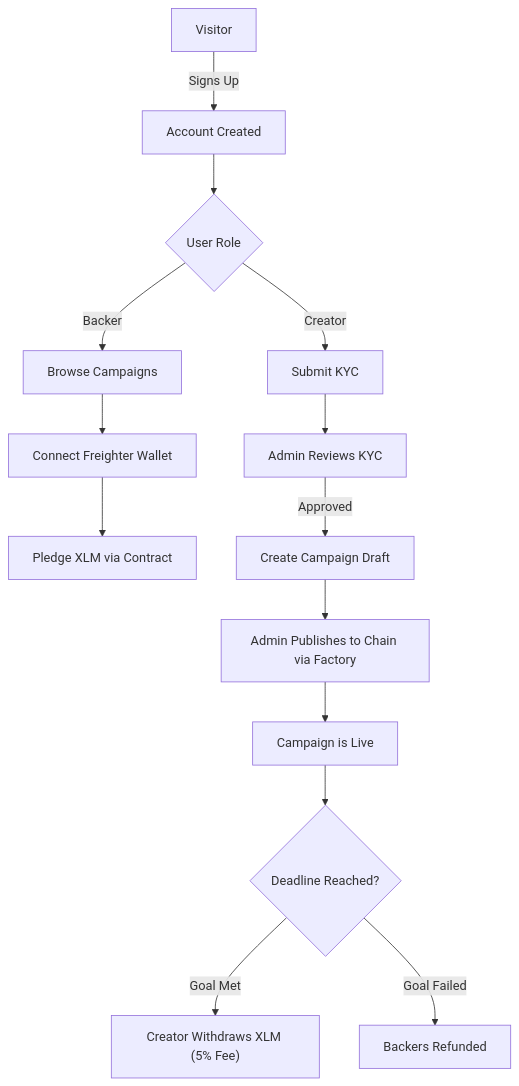
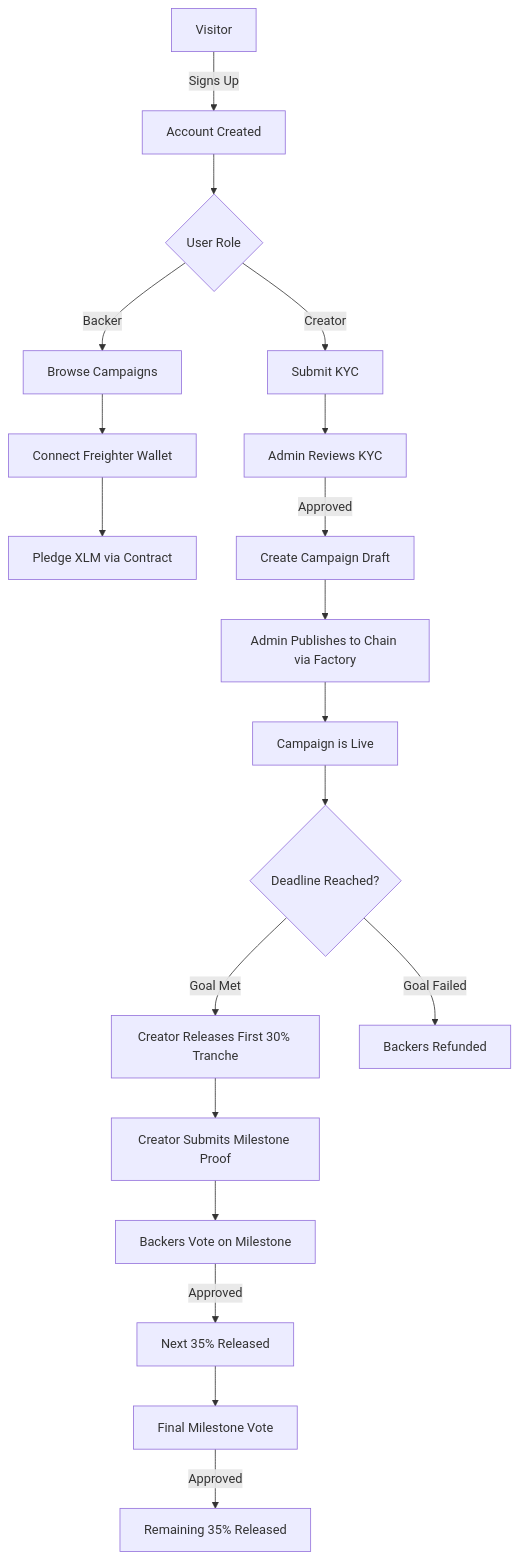
One commit to thisisouvik/Fundr changed the first of 2 diagrams in README.md. Above: the diagram before and after it, drawn with Mermaid. The commit also changed other lines of this file, not shown here.

````diff
--- a/README.md
+++ b/README.md
@@ -134,18 +188,23 @@
 ```mermaid
 graph TD;
     A[Visitor] -->|Signs Up| B["Account Created"];
     B --> C{User Role};
     C -->|Backer| D["Browse Campaigns"];
     D --> E["Connect Freighter Wallet"];
     E --> F["Pledge XLM via Contract"];
     
     C -->|Creator| G["Submit KYC"];
     G --> H["Admin Reviews KYC"];
     H -->|Approved| I["Create Campaign Draft"];
     I --> J["Admin Publishes to Chain via Factory"];
     J --> K["Campaign is Live"];
     
     K --> L{Deadline Reached?};
-    L -->|Goal Met| M["Creator Withdraws XLM (5% Fee)"];
+    L -->|Goal Met| M["Creator Releases First 30% Tranche"];
+    M --> O["Creator Submits Milestone Proof"];
+    O --> P["Backers Vote on Milestone"];
+    P -->|Approved| Q["Next 35% Released"];
+    Q --> R["Final Milestone Vote"];
+    R -->|Approved| S["Remaining 35% Released"];
     L -->|Goal Failed| N["Backers Refunded"];
 ```
````
